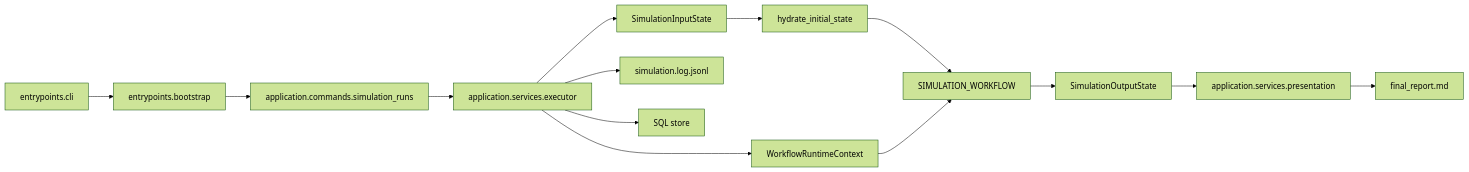
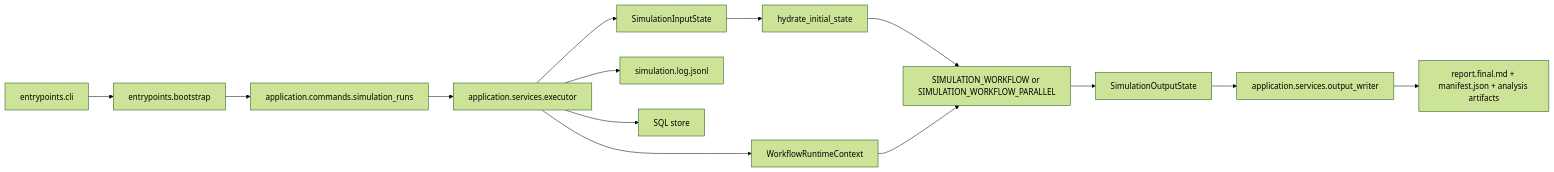
Before and after one commit to keonho-kim/simula: the diagram in docs/architecture.md, drawn with Mermaid (forest theme). The commit also changed other lines of this file and 259 other files, not shown here.

````diff
--- a/docs/architecture.md
+++ b/docs/architecture.md
@@ -25,16 +26,16 @@
 ```mermaid
 flowchart LR
     CLI["entrypoints.cli"] --> Bootstrap["entrypoints.bootstrap"]
     Bootstrap --> Command["application.commands.simulation_runs"]
     Command --> Executor["application.services.executor"]
     Executor --> Input["SimulationInputState"]
     Executor --> Context["WorkflowRuntimeContext"]
     Input --> Hydrate["hydrate_initial_state"]
-    Hydrate --> Workflow["SIMULATION_WORKFLOW"]
+    Hydrate --> Workflow["SIMULATION_WORKFLOW or SIMULATION_WORKFLOW_PARALLEL"]
     Context --> Workflow
     Workflow --> Output["SimulationOutputState"]
-    Output --> Presentation["application.services.presentation"]
-    Presentation --> Files["final_report.md"]
+    Output --> Writer["application.services.output_writer"]
+    Writer --> Files["report.final.md + manifest.json + analysis artifacts"]
     Executor --> Jsonl["simulation.log.jsonl"]
     Executor --> Store["SQL store"]
 ```
````
